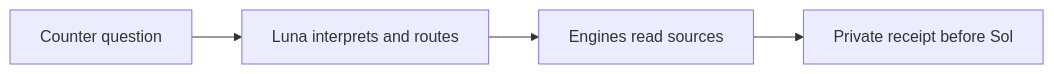
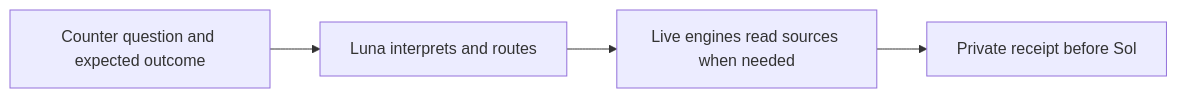
One commit to EG2025-lab/sophia-pharmacy changed the first of 3 diagrams in docs/TESTING.md. Above: the diagram before and after it, drawn with Mermaid. The commit also changed other lines of this file and 4 other files, not shown here.

````diff
--- a/docs/TESTING.md
+++ b/docs/TESTING.md
@@ -7,6 +7,6 @@
 ```mermaid
 flowchart LR
-    question[Counter question] --> luna[Luna interprets and routes]
-    luna --> sources[Engines read sources]
+    question[Counter question and expected outcome] --> luna[Luna interprets and routes]
+    luna --> sources[Live engines read sources when needed]
     sources --> receipt[Private receipt before Sol]
 ```
````
